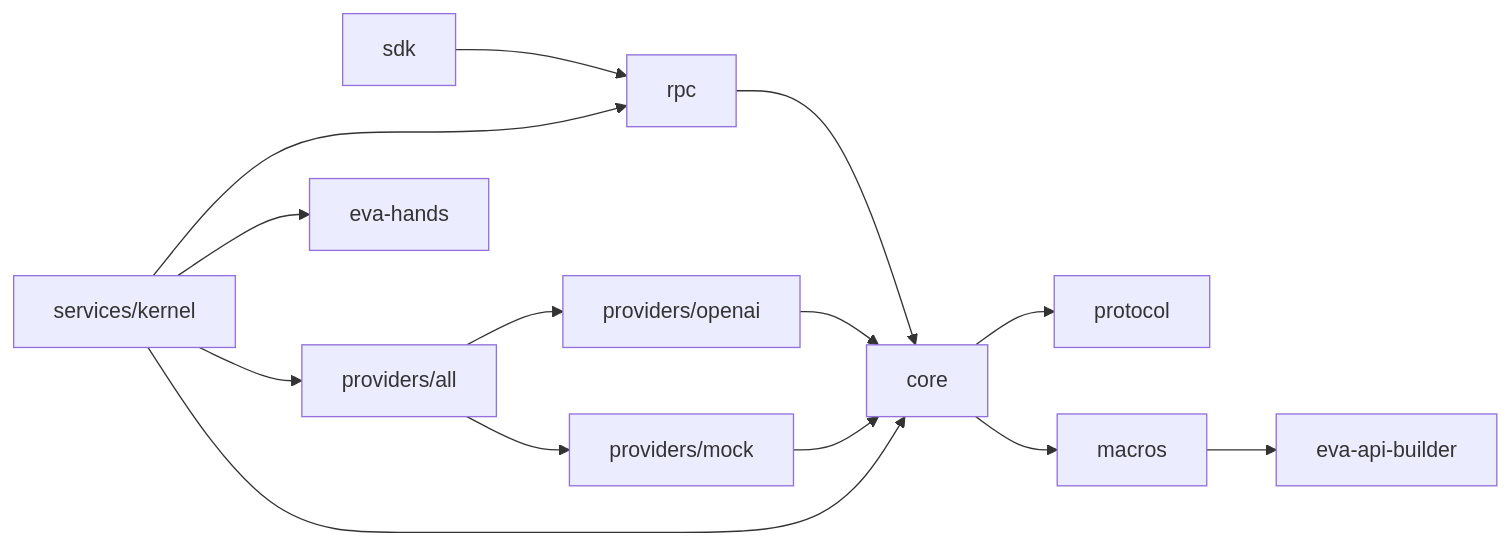
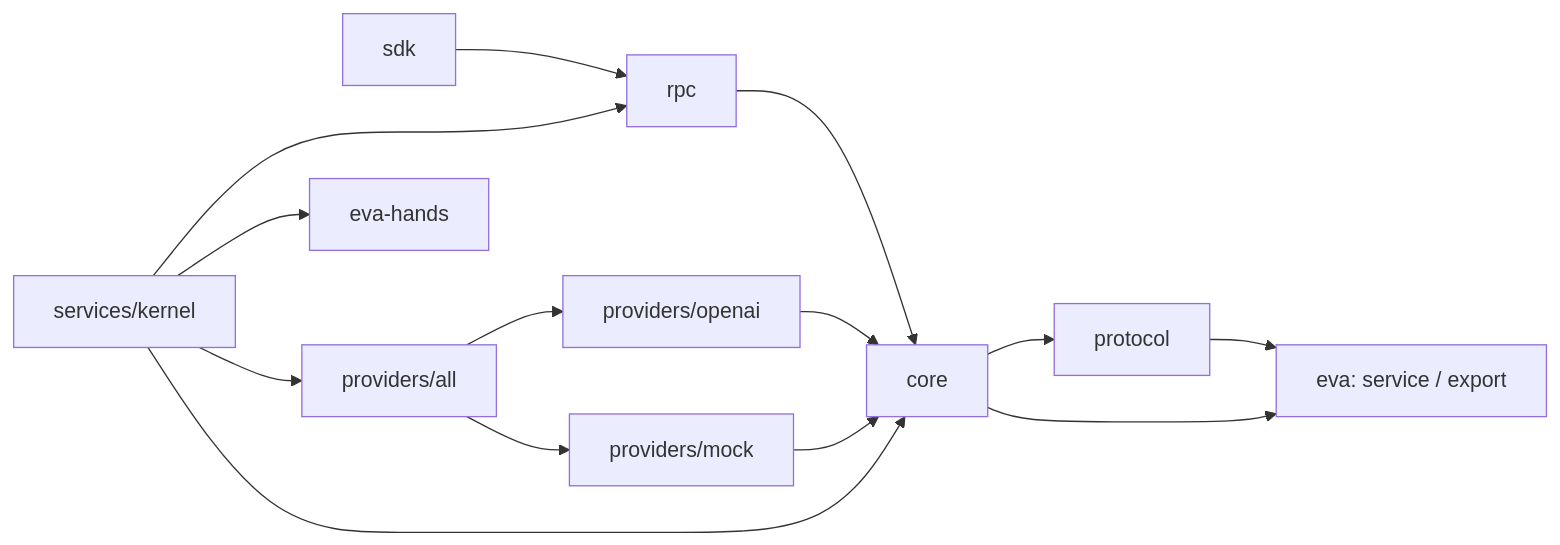
Before and after one commit to eva-rs/kernel: the diagram in README.md, drawn with Mermaid. The commit also changed other lines of this file and 121 other files, not shown here.

````diff
--- a/README.md
+++ b/README.md
@@ -40,16 +39,16 @@
 ```mermaid
 graph LR
   core --> protocol
-  core --> macros
-  macros --> builder[eva-api-builder]
+  protocol --> eva["eva: service / export"]
+  core --> eva
   rpc --> core
   sdk --> rpc
   openai[providers/openai] --> core
   mock[providers/mock] --> core
   all[providers/all] --> openai
   all --> mock
   kernel[services/kernel] --> rpc
   kernel --> core
   kernel --> all
   kernel --> hands[eva-hands]
 ```
````
